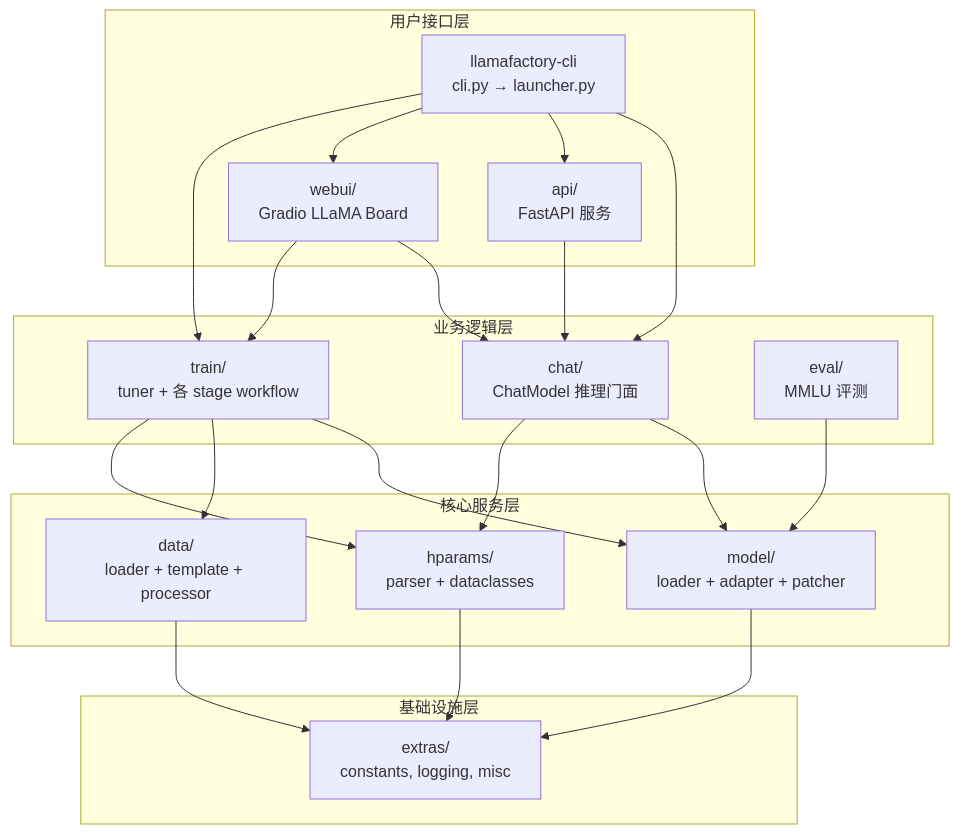
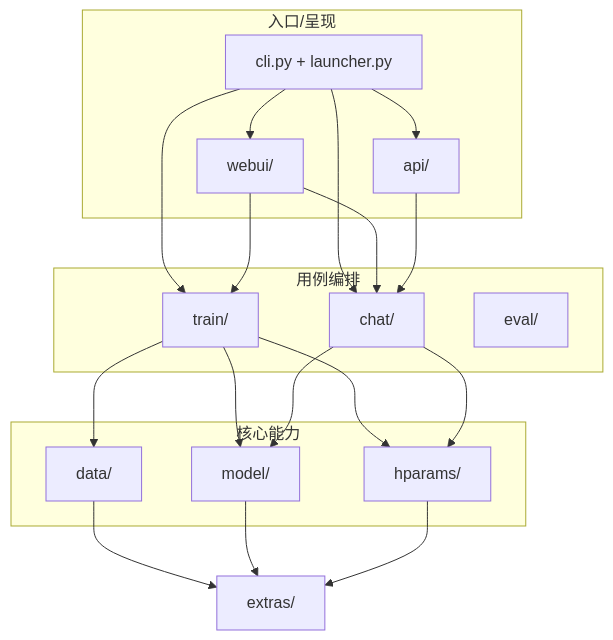
Before and after one commit to chenpan459/largeModels: the second of 4 diagrams in 02-训练/LLaMA-FactoryDoc/02-架构设计.md, drawn with Mermaid. The commit also changed other lines of this file and 17 other files, not shown here.

````diff
--- a/02-训练/LLaMA-FactoryDoc/02-架构设计.md
+++ b/02-训练/LLaMA-FactoryDoc/02-架构设计.md
@@ -7,44 +19,34 @@
 ```mermaid
 flowchart TB
-    subgraph 用户接口层
-        CLI["llamafactory-cli<br/>cli.py → launcher.py"]
-        WebUI["webui/<br/>Gradio LLaMA Board"]
-        API["api/<br/>FastAPI 服务"]
+    subgraph Entry["入口/呈现"]
+      CLI["cli.py + launcher.py"]
+      WEB["webui/"]
+      API["api/"]
     end
-
-    subgraph 业务逻辑层
-        Train["train/<br/>tuner + 各 stage workflow"]
-        Chat["chat/<br/>ChatModel 推理门面"]
-        Eval["eval/<br/>MMLU 评测"]
+    subgraph UseCase["用例编排"]
+      TRAIN["train/"]
+      CHAT["chat/"]
+      EVAL["eval/"]
     end
-
-    subgraph 核心服务层
-        Data["data/<br/>loader + template + processor"]
-        Model["model/<br/>loader + adapter + patcher"]
-        HParams["hparams/<br/>parser + dataclasses"]
+    subgraph Domain["核心能力"]
+      DATA["data/"]
+      MODEL["model/"]
+      HP["hparams/"]
     end
-
-    subgraph 基础设施层
-        Extras["extras/<br/>constants, logging, misc"]
-    end
-
-    CLI --> Train
-    CLI --> WebUI
+    EXTRA["extras/"]
+    CLI --> TRAIN
+    CLI --> CHAT
+    CLI --> WEB
     CLI --> API
-    CLI --> Chat
-
-    WebUI --> Train
-    WebUI --> Chat
-    API --> Chat
-
-    Train --> HParams
-    Train --> Data
-    Train --> Model
-    Chat --> HParams
-    Chat --> Model
-    Eval --> Model
-
-    Data --> Extras
-    Model --> Extras
-    HParams --> Extras
+    WEB --> TRAIN
+    WEB --> CHAT
+    API --> CHAT
+    TRAIN --> DATA
+    TRAIN --> MODEL
+    TRAIN --> HP
+    CHAT --> MODEL
+    CHAT --> HP
+    DATA --> EXTRA
+    MODEL --> EXTRA
+    HP --> EXTRA
 ```
````
